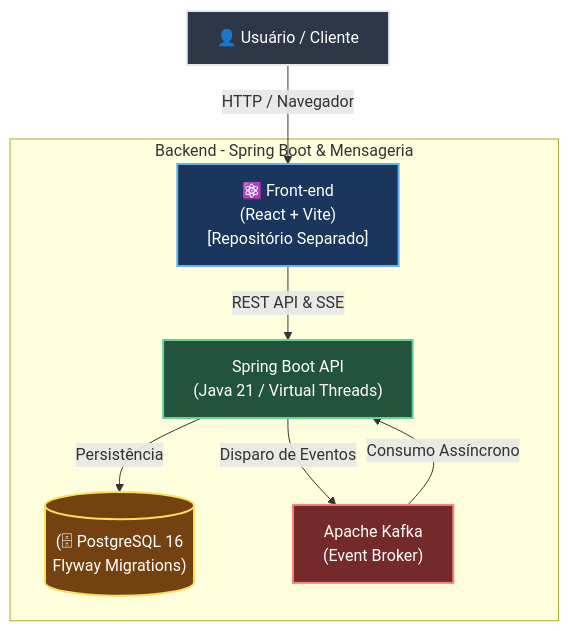
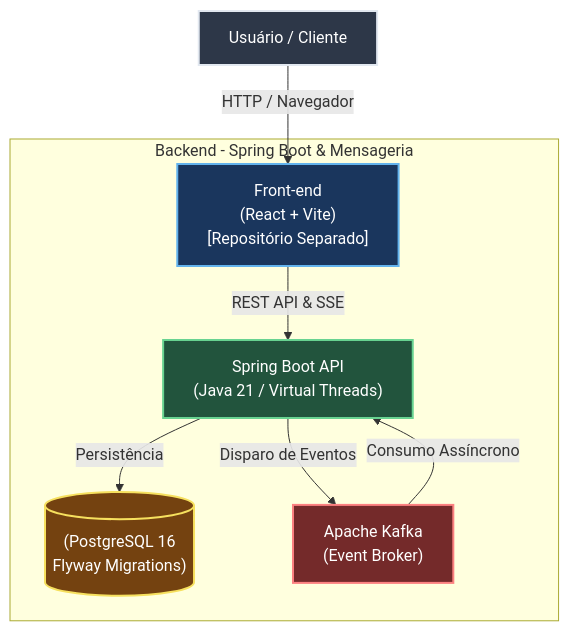
One commit to LeonardoEnnes/fitstream-api changed the diagram in README.md. Above: the diagram before and after it, drawn with Mermaid. The commit also changed other lines of this file, not shown here.

````diff
--- a/README.md
+++ b/README.md
@@ -45,18 +68,18 @@
 ```mermaid
 graph TD
-    User["👤 Usuário / Cliente"] -->|HTTP / Navegador| FE["⚛️ Front-end\n(React + Vite)\n[Repositório Separado]"]
+    User["Usuário / Cliente"] -->|HTTP / Navegador| FE["Front-end\n(React + Vite)\n[Repositório Separado]"]
 
     subgraph "Backend - Spring Boot & Mensageria"
         FE -->|REST API & SSE| BE[" Spring Boot API\n(Java 21 / Virtual Threads)"]
-        BE -->|Persistência| DB[("(🗄 PostgreSQL 16\nFlyway Migrations)")]
+        BE -->|Persistência| DB[("(PostgreSQL 16\nFlyway Migrations)")]
         BE -->|Disparo de Eventos| KF[" Apache Kafka\n(Event Broker)"]
         KF -->|Consumo Assíncrono| BE
     end
 
     style User fill:#2D3748,stroke:#E2E8F0,stroke-width:2px,color:#FFFFFF
     style FE fill:#1A365D,stroke:#63B3ED,stroke-width:2px,color:#FFFFFF
     style BE fill:#22543D,stroke:#68D391,stroke-width:2px,color:#FFFFFF
     style DB fill:#744210,stroke:#F6E05E,stroke-width:2px,color:#FFFFFF
     style KF fill:#742A2A,stroke:#FC8181,stroke-width:2px,color:#FFFFFF
 
 ```
````
